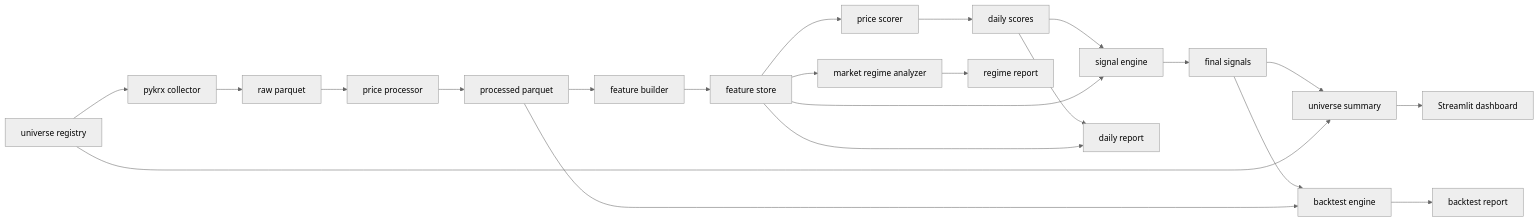
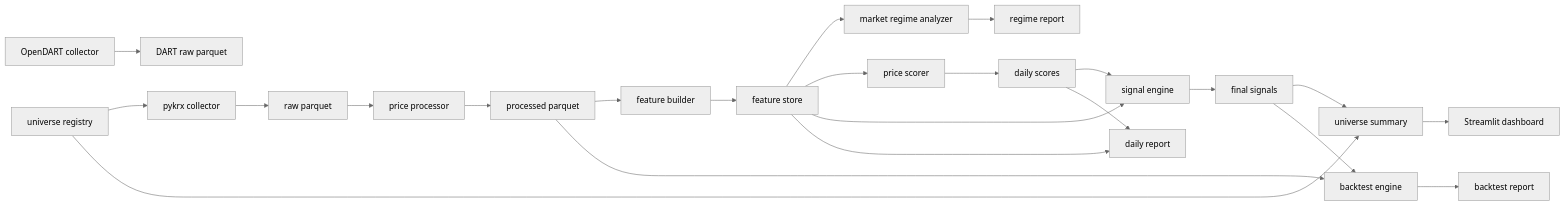
One commit to pkb0728-lgtm/krx-alpha-platform changed the diagram in README.md. Above: the diagram before and after it, drawn with Mermaid (neutral theme). The commit also changed other lines of this file and 13 other files, not shown here.

Commit message:
Add OpenDART data collectors

````diff
--- a/README.md
+++ b/README.md
@@ -57,24 +60,25 @@
 ```mermaid
 flowchart LR
     A["pykrx collector"] --> B["raw parquet"]
+    X["OpenDART collector"] --> Y["DART raw parquet"]
     B --> C["price processor"]
     C --> D["processed parquet"]
     D --> E["feature builder"]
     E --> F["feature store"]
     F --> R["market regime analyzer"]
     F --> G["price scorer"]
     G --> H["daily scores"]
     H --> I["signal engine"]
     F --> I
     I --> J["final signals"]
     H --> K["daily report"]
     F --> K
     J --> L["universe summary"]
     L --> M["Streamlit dashboard"]
     J --> N["backtest engine"]
     D --> N
     N --> O["backtest report"]
     P["universe registry"] --> A
     P --> L
     R --> Q["regime report"]
 ```
````
